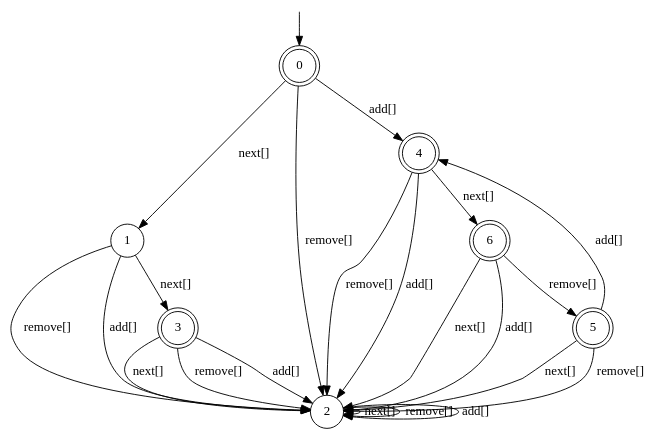
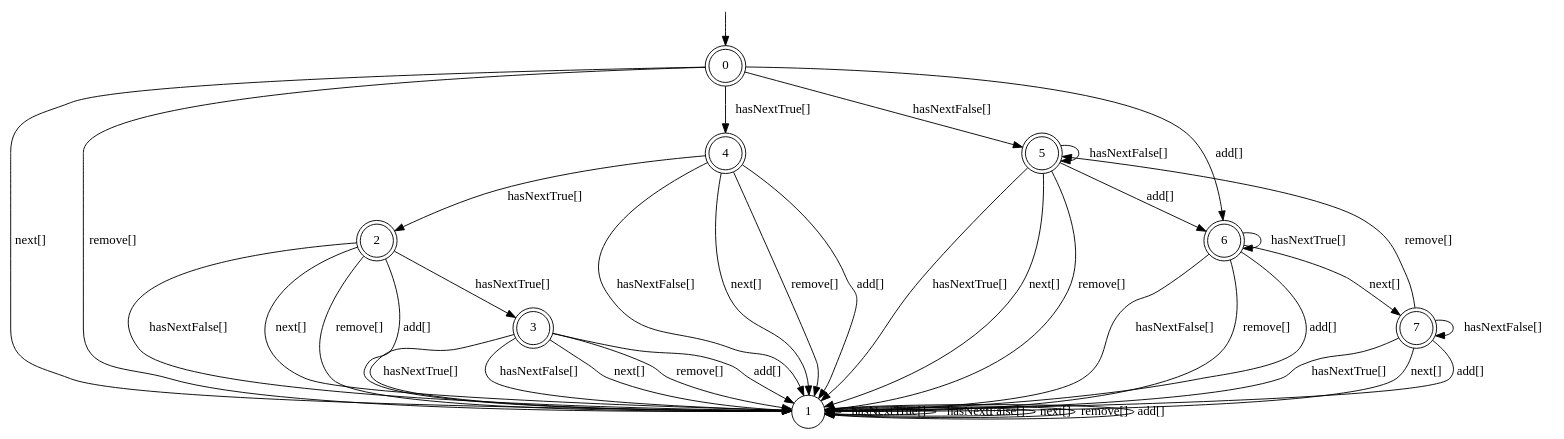
The diagram in ra-out.dot (rasofema/fyp-specification-miner), drawn with Graphviz before and after one commit. The commit also changed 4 other files, not shown here.

Commit message:
Reactivated hasNext inputs

```diff
--- a/ra-out.dot
+++ b/ra-out.dot
@@ -1,35 +1,55 @@
 digraph g {
 
 	s0 [shape="doublecircle" label="0"];
 	s1 [shape="circle" label="1"];
-	s2 [shape="circle" label="2"];
+	s2 [shape="doublecircle" label="2"];
 	s3 [shape="doublecircle" label="3"];
 	s4 [shape="doublecircle" label="4"];
 	s5 [shape="doublecircle" label="5"];
 	s6 [shape="doublecircle" label="6"];
+	s7 [shape="doublecircle" label="7"];
+	s0 -> s4 [label="hasNextTrue[]"];
+	s0 -> s5 [label="hasNextFalse[]"];
 	s0 -> s1 [label="next[]"];
-	s0 -> s2 [label="remove[]"];
-	s0 -> s4 [label="add[]"];
-	s1 -> s3 [label="next[]"];
-	s1 -> s2 [label="remove[]"];
-	s1 -> s2 [label="add[]"];
-	s2 -> s2 [label="next[]"];
-	s2 -> s2 [label="remove[]"];
-	s2 -> s2 [label="add[]"];
-	s3 -> s2 [label="next[]"];
-	s3 -> s2 [label="remove[]"];
-	s3 -> s2 [label="add[]"];
-	s4 -> s6 [label="next[]"];
-	s4 -> s2 [label="remove[]"];
-	s4 -> s2 [label="add[]"];
-	s5 -> s2 [label="next[]"];
-	s5 -> s2 [label="remove[]"];
-	s5 -> s4 [label="add[]"];
-	s6 -> s2 [label="next[]"];
-	s6 -> s5 [label="remove[]"];
-	s6 -> s2 [label="add[]"];
+	s0 -> s1 [label="remove[]"];
+	s0 -> s6 [label="add[]"];
+	s1 -> s1 [label="hasNextTrue[]"];
+	s1 -> s1 [label="hasNextFalse[]"];
+	s1 -> s1 [label="next[]"];
+	s1 -> s1 [label="remove[]"];
+	s1 -> s1 [label="add[]"];
+	s2 -> s3 [label="hasNextTrue[]"];
+	s2 -> s1 [label="hasNextFalse[]"];
+	s2 -> s1 [label="next[]"];
+	s2 -> s1 [label="remove[]"];
+	s2 -> s1 [label="add[]"];
+	s3 -> s1 [label="hasNextTrue[]"];
+	s3 -> s1 [label="hasNextFalse[]"];
+	s3 -> s1 [label="next[]"];
+	s3 -> s1 [label="remove[]"];
+	s3 -> s1 [label="add[]"];
+	s4 -> s2 [label="hasNextTrue[]"];
+	s4 -> s1 [label="hasNextFalse[]"];
+	s4 -> s1 [label="next[]"];
+	s4 -> s1 [label="remove[]"];
+	s4 -> s1 [label="add[]"];
+	s5 -> s1 [label="hasNextTrue[]"];
+	s5 -> s5 [label="hasNextFalse[]"];
+	s5 -> s1 [label="next[]"];
+	s5 -> s1 [label="remove[]"];
+	s5 -> s6 [label="add[]"];
+	s6 -> s6 [label="hasNextTrue[]"];
+	s6 -> s1 [label="hasNextFalse[]"];
+	s6 -> s7 [label="next[]"];
+	s6 -> s1 [label="remove[]"];
+	s6 -> s1 [label="add[]"];
+	s7 -> s1 [label="hasNextTrue[]"];
+	s7 -> s7 [label="hasNextFalse[]"];
+	s7 -> s1 [label="next[]"];
+	s7 -> s5 [label="remove[]"];
+	s7 -> s1 [label="add[]"];
 
 __start0 [label="" shape="none" width="0" height="0"];
 __start0 -> s0;
 
 }
```
